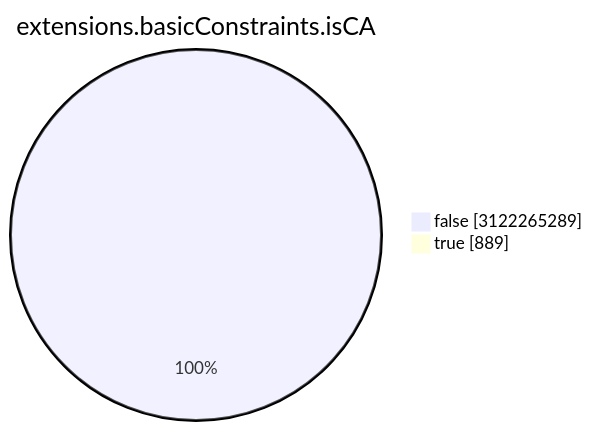
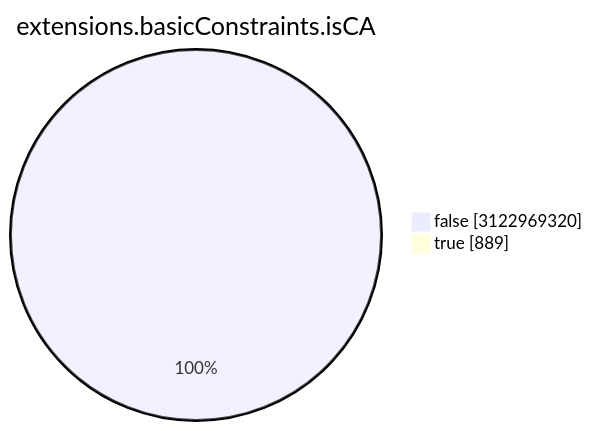
One commit to christiankrug/ctmonitor_visualization changed the seventh of 15 diagrams in TOTAL/README.md. Above: the diagram before and after it, drawn with Mermaid. The commit also changed other lines of this file, not shown here.

````diff
--- a/TOTAL/README.md
+++ b/TOTAL/README.md
@@ -3088,6 +3088,6 @@
 ```mermaid
 pie showData
 title extensions.basicConstraints.isCA
-"false" :3122265289
+"false" :3122969320
 "true" :889
 ```
````
